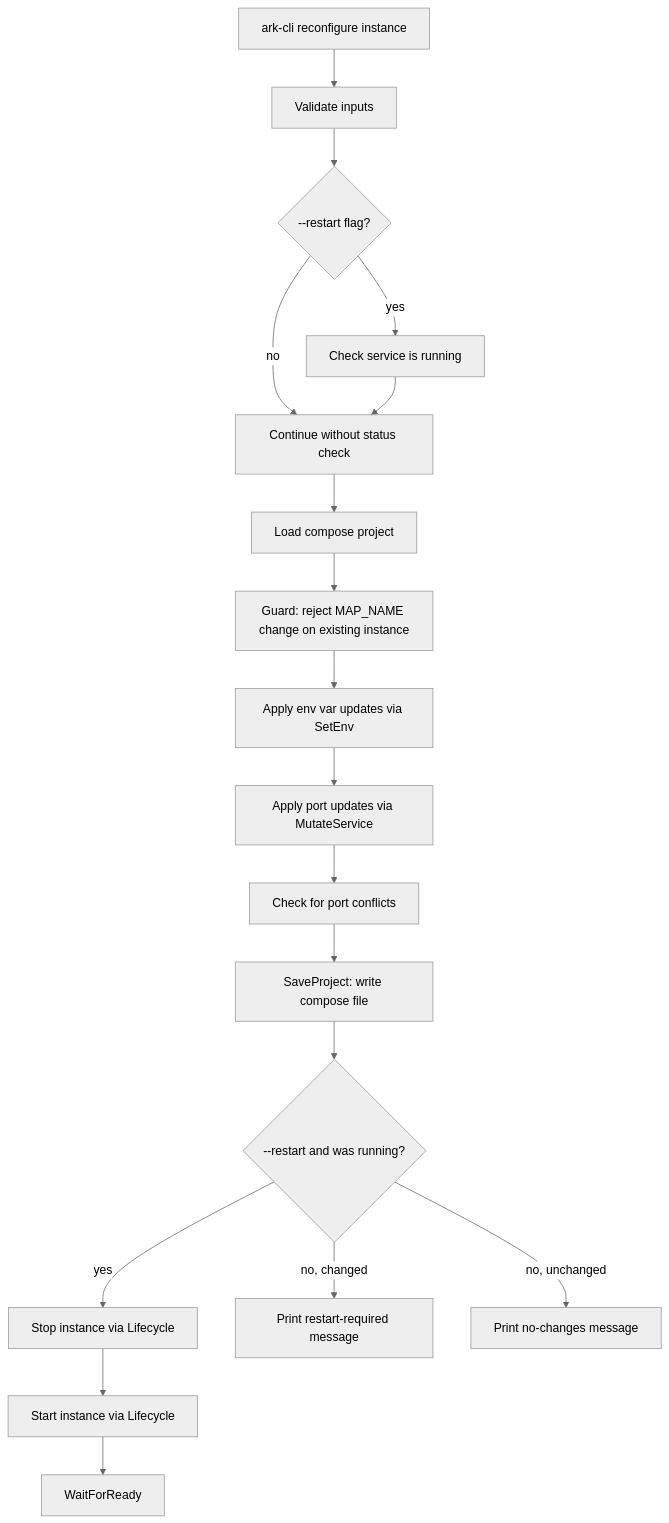
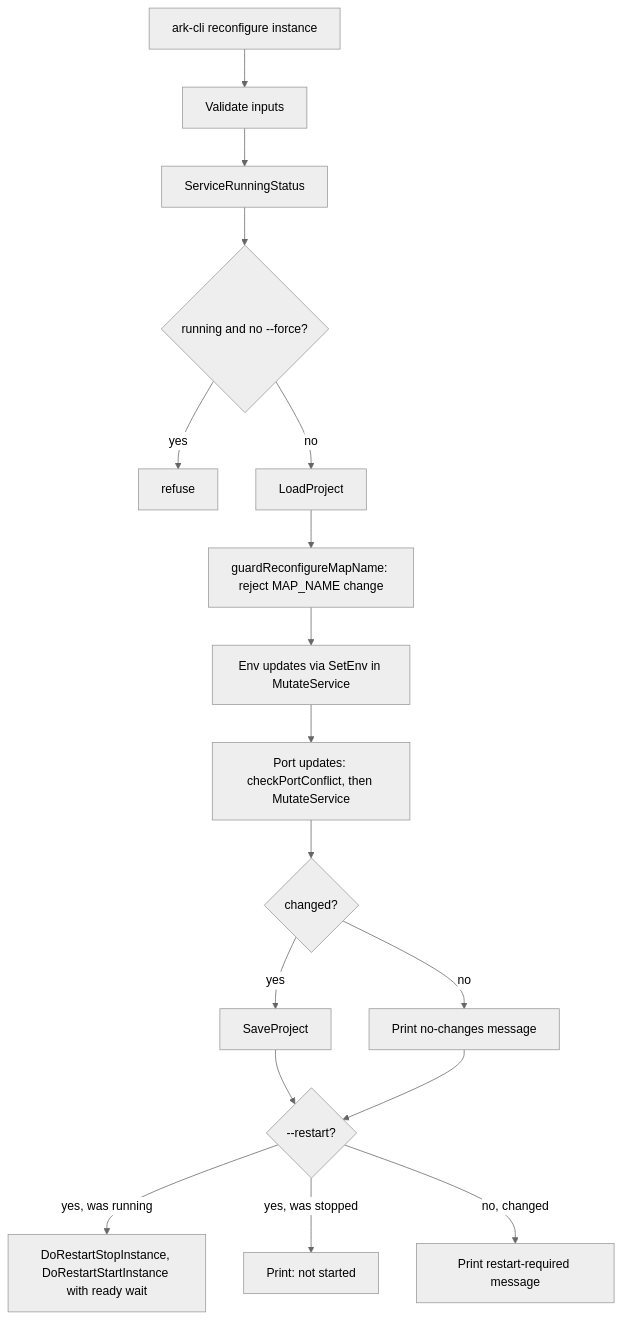
One commit to bryanwieg/arkascended-server changed the seventh of 12 diagrams in docs/dev/reference/runtime-call-graph.md. Above: the diagram before and after it, drawn with Mermaid (neutral theme). The commit also changed other lines of this file and 38 other files, not shown here.

````diff
--- a/docs/dev/reference/runtime-call-graph.md
+++ b/docs/dev/reference/runtime-call-graph.md
@@ -162,20 +187,19 @@
 ```mermaid
 flowchart TD
     A[ark-cli reconfigure instance] --> B[Validate inputs]
-    B --> C{--restart flag?}
-    C -- yes --> D[Check service is running]
-    C -- no --> E[Continue without status check]
-    D --> E
-    E --> F[Load compose project]
-    F --> G[Guard: reject MAP_NAME change on existing instance]
-    G --> H[Apply env var updates via SetEnv]
-    H --> I[Apply port updates via MutateService]
-    I --> J[Check for port conflicts]
-    J --> K[SaveProject: write compose file]
-    K --> L{--restart and was running?}
-    L -- yes --> M[Stop instance via Lifecycle]
-    M --> N[Start instance via Lifecycle]
-    N --> O[WaitForReady]
-    L -- no, changed --> P[Print restart-required message]
-    L -- no, unchanged --> Q[Print no-changes message]
+    B --> C[ServiceRunningStatus]
+    C --> D{running and no --force?}
+    D -->|"yes"| X[refuse]
+    D -->|"no"| F[LoadProject]
+    F --> G[guardReconfigureMapName: reject MAP_NAME change]
+    G --> H[Env updates via SetEnv in MutateService]
+    H --> I[Port updates: checkPortConflict, then MutateService]
+    I --> K{changed?}
+    K -->|"yes"| K1[SaveProject]
+    K -->|"no"| K2[Print no-changes message]
+    K1 --> L{--restart?}
+    K2 --> L
+    L -->|"yes, was running"| M[DoRestartStopInstance, DoRestartStartInstance with ready wait]
+    L -->|"yes, was stopped"| M2[Print: not started]
+    L -->|"no, changed"| P[Print restart-required message]
 ```
````
